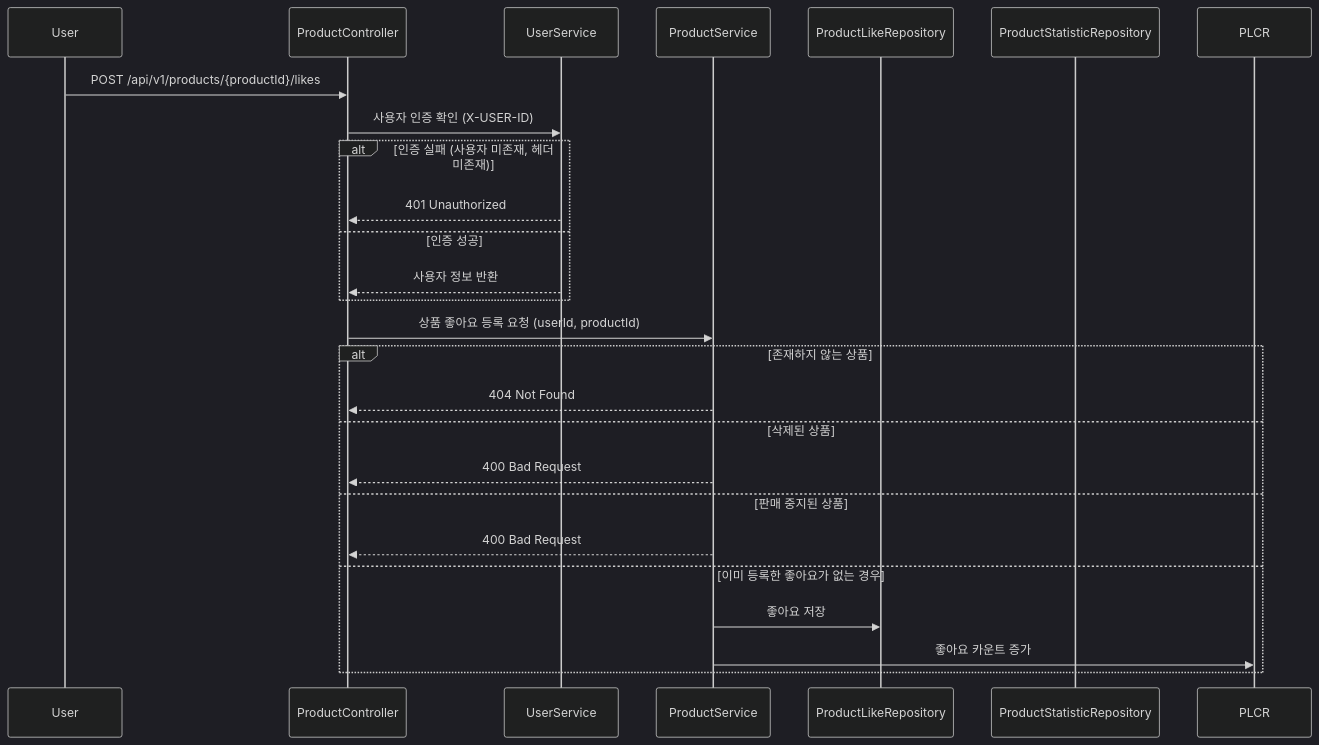
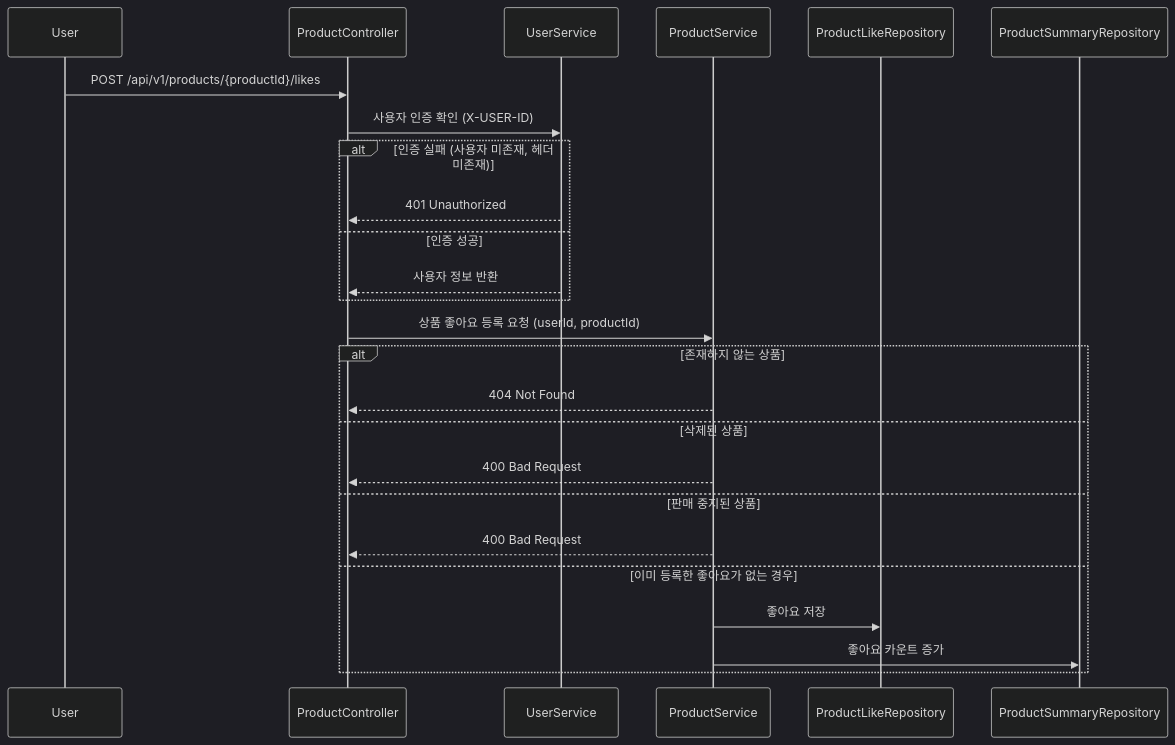
One commit to DuhanMo/emotional-commerce changed the fourth of 7 diagrams in docs/design/02-sequence-diagrams.md. Above: the diagram before and after it, drawn with Mermaid (dark theme). The commit also changed other lines of this file, not shown here.

Commit message:
fix: 시퀀스 다이어그램 수정 - product_like_count -> product_summary

````diff
--- a/docs/design/02-sequence-diagrams.md
+++ b/docs/design/02-sequence-diagrams.md
@@ -66,31 +66,31 @@
 ```mermaid
 sequenceDiagram
 	participant U as User
 	participant PC as ProductController
 	participant US as UserService
 	participant PS as ProductService
 	
 	participant PLR as ProductLikeRepository
-	participant PSR as ProductStatisticRepository
+	participant PSR as ProductSummaryRepository
 
 	U->>PC: POST /api/v1/products/{productId}/likes
 	
 	PC->>US: 사용자 인증 확인 (X-USER-ID)
 	alt 인증 실패 (사용자 미존재, 헤더 미존재)
 		US-->>PC: 401 Unauthorized
 	else 인증 성공
 		US-->>PC: 사용자 정보 반환
 	end
 	
 	PC->>PS: 상품 좋아요 등록 요청 (userId, productId)
 	alt 존재하지 않는 상품
 		PS-->>PC: 404 Not Found
 	else 삭제된 상품
 		PS-->>PC: 400 Bad Request
 	else 판매 중지된 상품
 		PS-->>PC: 400 Bad Request
 	else 이미 등록한 좋아요가 없는 경우
 		PS->>PLR: 좋아요 저장
-		PS->>PLCR: 좋아요 카운트 증가
+		PS->>PSR: 좋아요 카운트 증가
 	end
 ```
````
